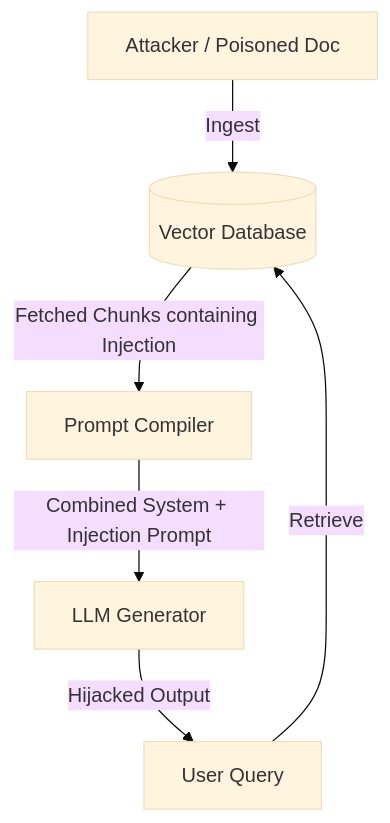
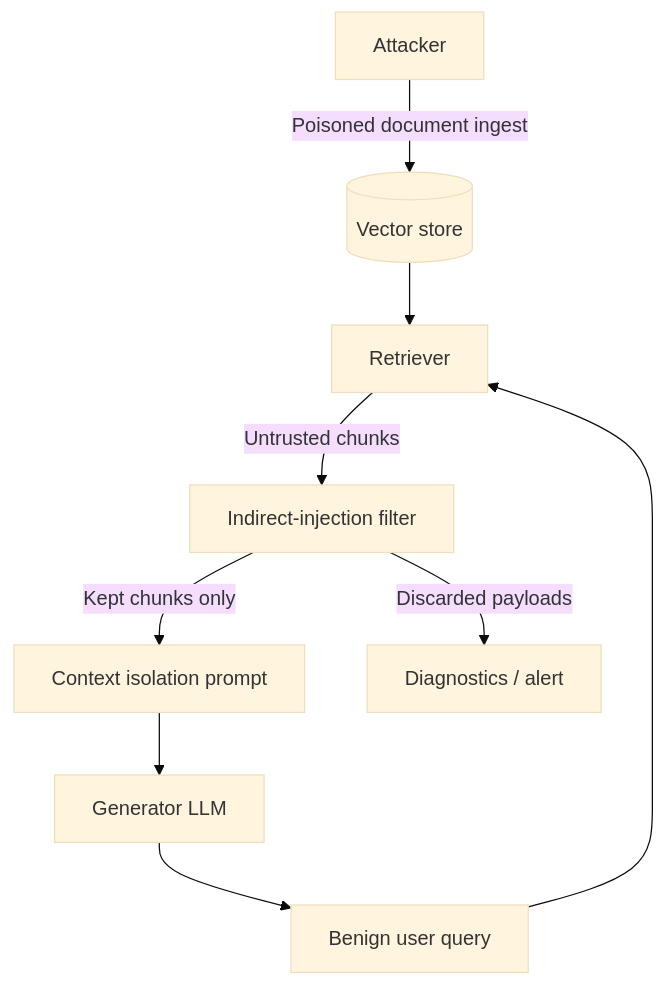
The diagram in docs/threat_model.md (AI-Security-Internships-2026/01-secure-agentic-rag), drawn with Mermaid (base theme) before and after one commit. The commit also changed other lines of this file and 10 other files, not shown here.

First line of the commit message:
Add guardrail comparison and indirect injection evaluation scripts

````diff
--- a/docs/threat_model.md
+++ b/docs/threat_model.md
@@ -14,8 +20,11 @@
 ```mermaid
 flowchart TD
-    Attacker[Attacker / Poisoned Doc] -->|Ingest| VDB[(Vector Database)]
-    User[User Query] -->|Retrieve| VDB
-    VDB -->|Fetched Chunks containing Injection| PromptCompiler[Prompt Compiler]
-    PromptCompiler -->|Combined System + Injection Prompt| LLM[LLM Generator]
-    LLM -->|Hijacked Output| User
+    Attacker[Attacker] -->|Poisoned document ingest| VDB[(Vector store)]
+    User[Benign user query] --> Retriever
+    VDB --> Retriever[Retriever]
+    Retriever -->|Untrusted chunks| Scanner[Indirect-injection filter]
+    Scanner -->|Kept chunks only| Isolator[Context isolation prompt]
+    Isolator --> LLM[Generator LLM]
+    LLM --> User
+    Scanner -->|Discarded payloads| Audit[Diagnostics / alert]
 ```
````
